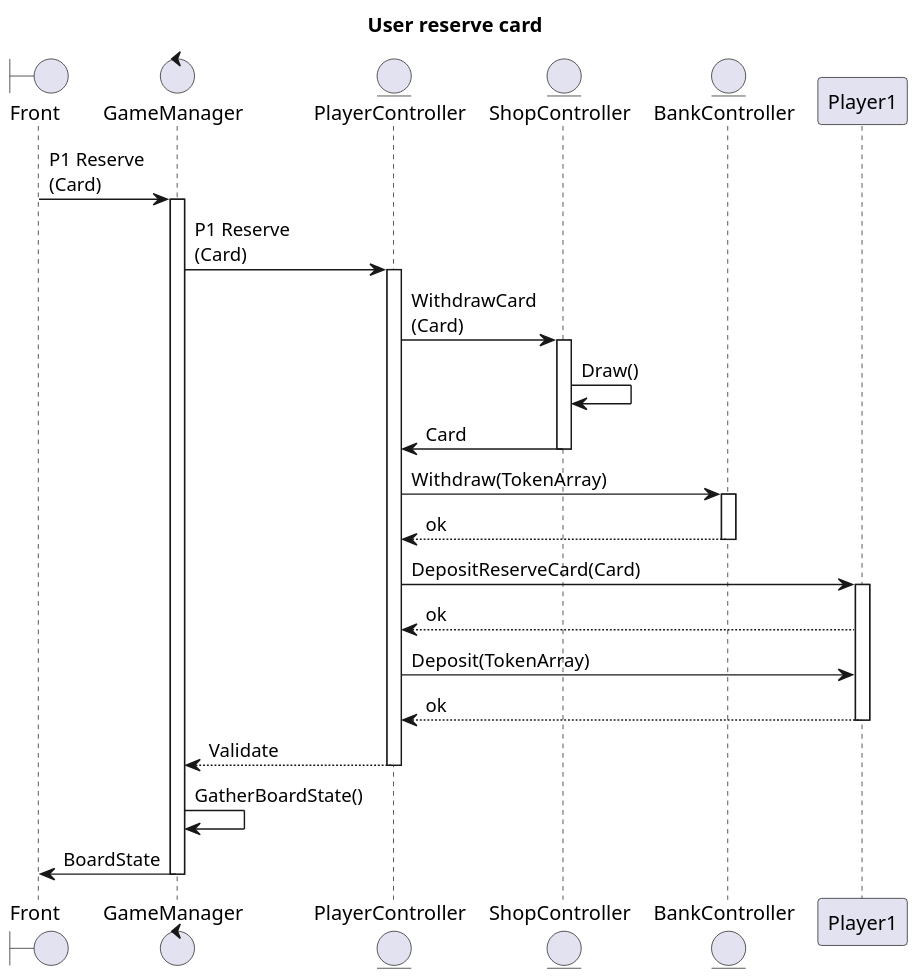
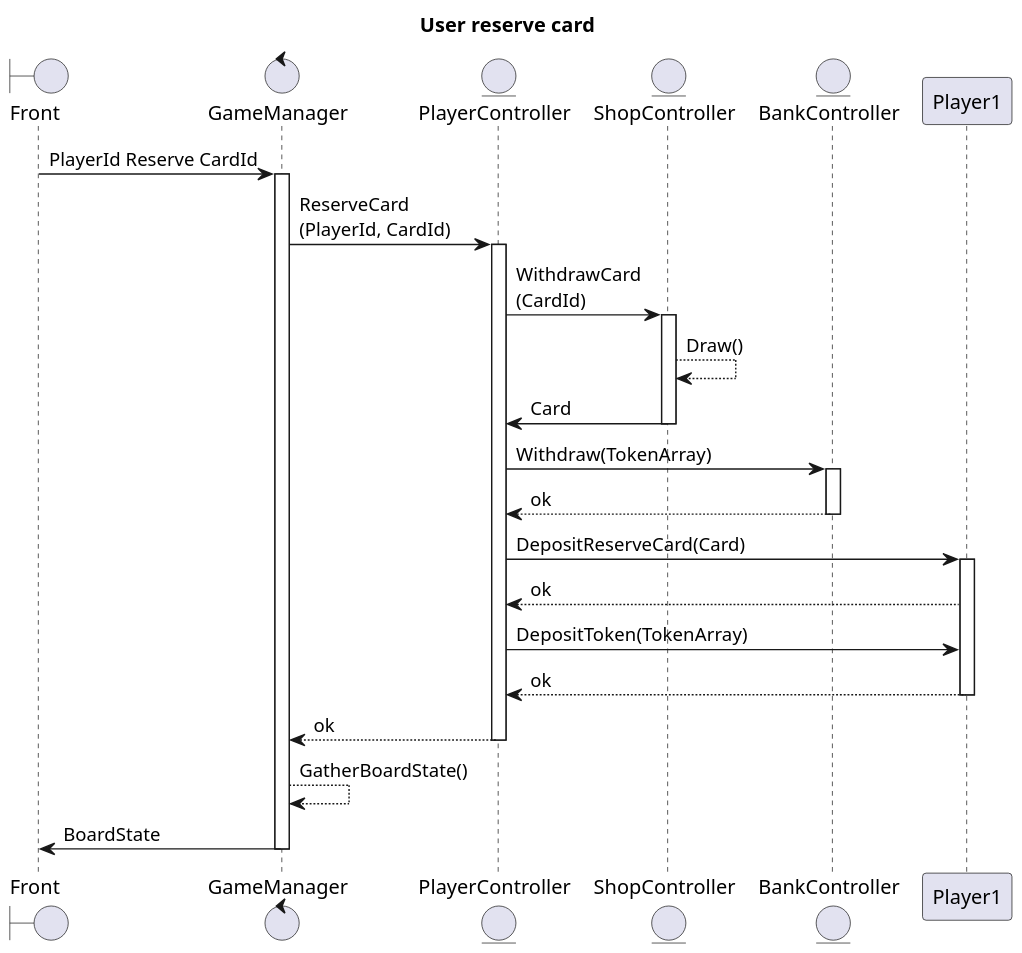
Before and after one commit to kalharko/splendia: the diagram in Technical Specifications/Sequence Diagrams/ReserveCard.puml, drawn with PlantUML. The commit also changed 4 other files, not shown here.

Commit message:
:construction: diagrams

```diff
--- a/Technical Specifications/Sequence Diagrams/ReserveCard.puml
+++ b/Technical Specifications/Sequence Diagrams/ReserveCard.puml
@@ -1,47 +1,47 @@
 @startuml Sequence Diagram
 title User reserve card
 scale 1.5
 
 boundary Front
 control GameManager
 entity PlayerController
 entity ShopController
 entity BankController
 
 
-Front -> GameManager : P1 Reserve\n(Card)
+Front -> GameManager : PlayerId Reserve CardId
 activate GameManager
 
-GameManager -> PlayerController : P1 Reserve\n(Card)
+GameManager -> PlayerController : ReserveCard\n(PlayerId, CardId)
 activate PlayerController
 
 
-PlayerController -> ShopController : WithdrawCard\n(Card)
+PlayerController -> ShopController : WithdrawCard\n(CardId)
 activate ShopController
-ShopController -> ShopController : Draw()
+ShopController --> ShopController : Draw()
 PlayerController <- ShopController : Card
 deactivate ShopController
 
 PlayerController -> BankController : Withdraw(TokenArray)
 activate BankController
 PlayerController <-- BankController : ok
 deactivate BankController
 
 PlayerController -> Player1 : DepositReserveCard(Card)
 activate Player1
 PlayerController <-- Player1 : ok
 
-PlayerController -> Player1 : Deposit(TokenArray)
+PlayerController -> Player1 : DepositToken(TokenArray)
 PlayerController <-- Player1 : ok
 deactivate Player1
 
 
 
-PlayerController --> GameManager : Validate
+PlayerController --> GameManager : ok
 deactivate PlayerController
-GameManager -> GameManager : GatherBoardState()
+GameManager --> GameManager : GatherBoardState()
 GameManager -> Front : BoardState
 deactivate GameManager
 
 
 @enduml
```
